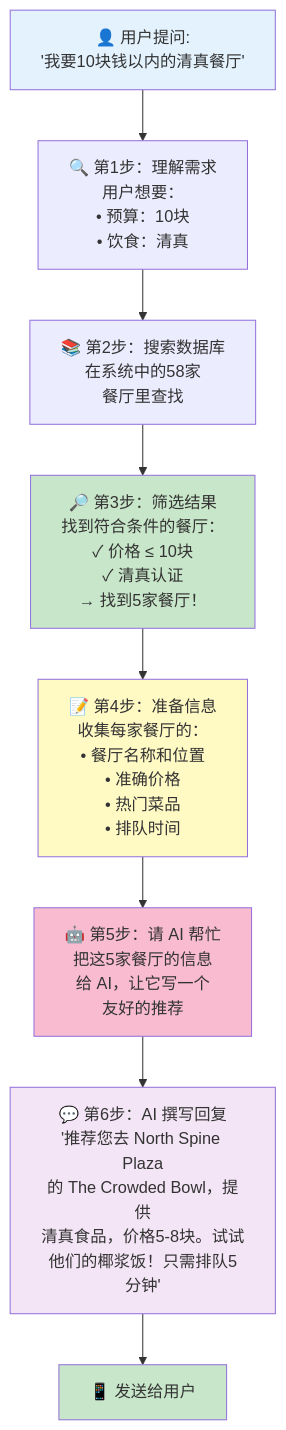
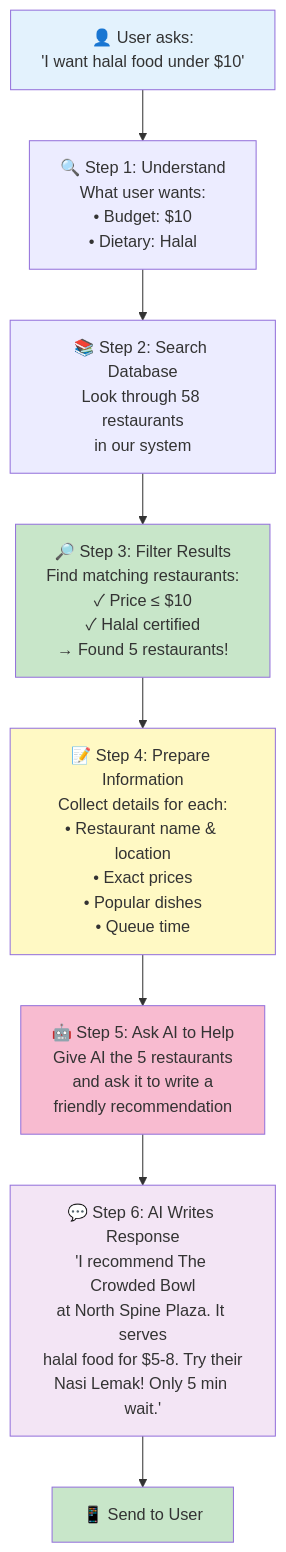
Before and after one commit to ehco233/Campus-Food-Recommendation: the first of 6 diagrams in README.md, drawn with Mermaid. The commit also changed other lines of this file and 2 other files, not shown here.

````diff
--- a/README.md
+++ b/README.md
@@ -158,23 +159,23 @@
 ```mermaid
 flowchart TD
-    Start[👤 用户提问:<br/>'我要10块钱以内的清真餐厅'] --> Step1[🔍 第1步：理解需求<br/>用户想要：<br/>• 预算：10块<br/>• 饮食：清真]
+    Start[👤 User asks:<br/>'I want halal food under $10'] --> Step1[🔍 Step 1: Understand<br/>What user wants:<br/>• Budget: $10<br/>• Dietary: Halal]
     
-    Step1 --> Step2[📚 第2步：搜索数据库<br/>在系统中的58家<br/>餐厅里查找]
+    Step1 --> Step2[📚 Step 2: Search Database<br/>Look through 58 restaurants<br/>in our system]
     
-    Step2 --> Step3[🔎 第3步：筛选结果<br/>找到符合条件的餐厅：<br/>✓ 价格 ≤ 10块<br/>✓ 清真认证<br/>→ 找到5家餐厅！]
+    Step2 --> Step3[🔎 Step 3: Filter Results<br/>Find matching restaurants:<br/>✓ Price ≤ $10<br/>✓ Halal certified<br/>→ Found 5 restaurants!]
     
-    Step3 --> Step4[📝 第4步：准备信息<br/>收集每家餐厅的：<br/>• 餐厅名称和位置<br/>• 准确价格<br/>• 热门菜品<br/>• 排队时间]
+    Step3 --> Step4[📝 Step 4: Prepare Information<br/>Collect details for each:<br/>• Restaurant name & location<br/>• Exact prices<br/>• Popular dishes<br/>• Queue time]
     
-    Step4 --> Step5[🤖 第5步：请 AI 帮忙<br/>把这5家餐厅的信息<br/>给 AI，让它写一个<br/>友好的推荐]
+    Step4 --> Step5[🤖 Step 5: Ask AI to Help<br/>Give AI the 5 restaurants<br/>and ask it to write a<br/>friendly recommendation]
     
-    Step5 --> Step6[💬 第6步：AI 撰写回复<br/>'推荐您去 North Spine Plaza<br/>的 The Crowded Bowl，提供<br/>清真食品，价格5-8块。试试<br/>他们的椰浆饭！只需排队5分钟']
+    Step5 --> Step6[💬 Step 6: AI Writes Response<br/>'I recommend The Crowded Bowl<br/>at North Spine Plaza. It serves<br/>halal food for $5-8. Try their<br/>Nasi Lemak! Only 5 min wait.']
     
-    Step6 --> Send[📱 发送给用户]
+    Step6 --> Send[📱 Send to User]
     
     style Start fill:#e3f2fd
     style Step3 fill:#c8e6c9
     style Step4 fill:#fff9c4
     style Step5 fill:#f8bbd0
     style Step6 fill:#f3e5f5
     style Send fill:#c8e6c9
 ```
````
